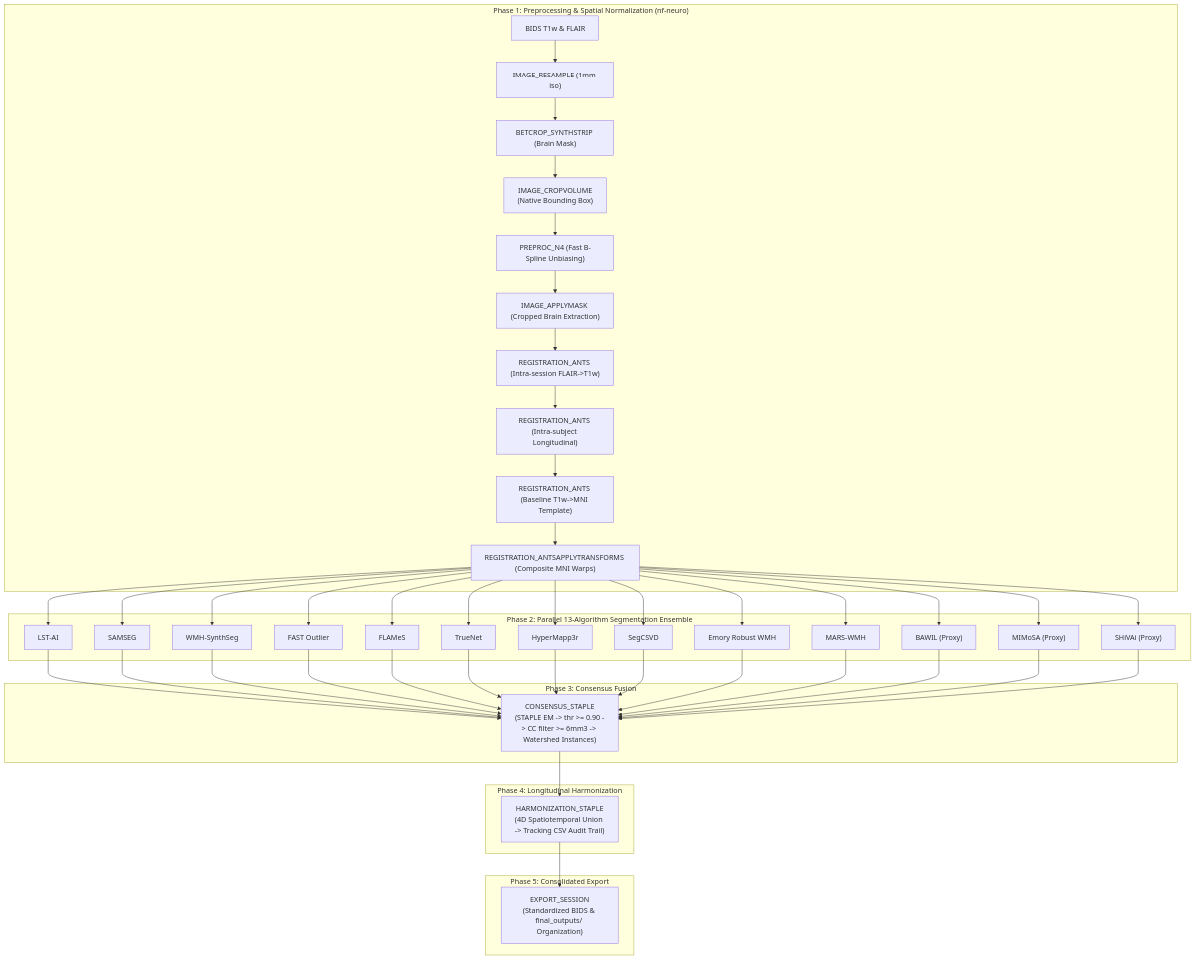
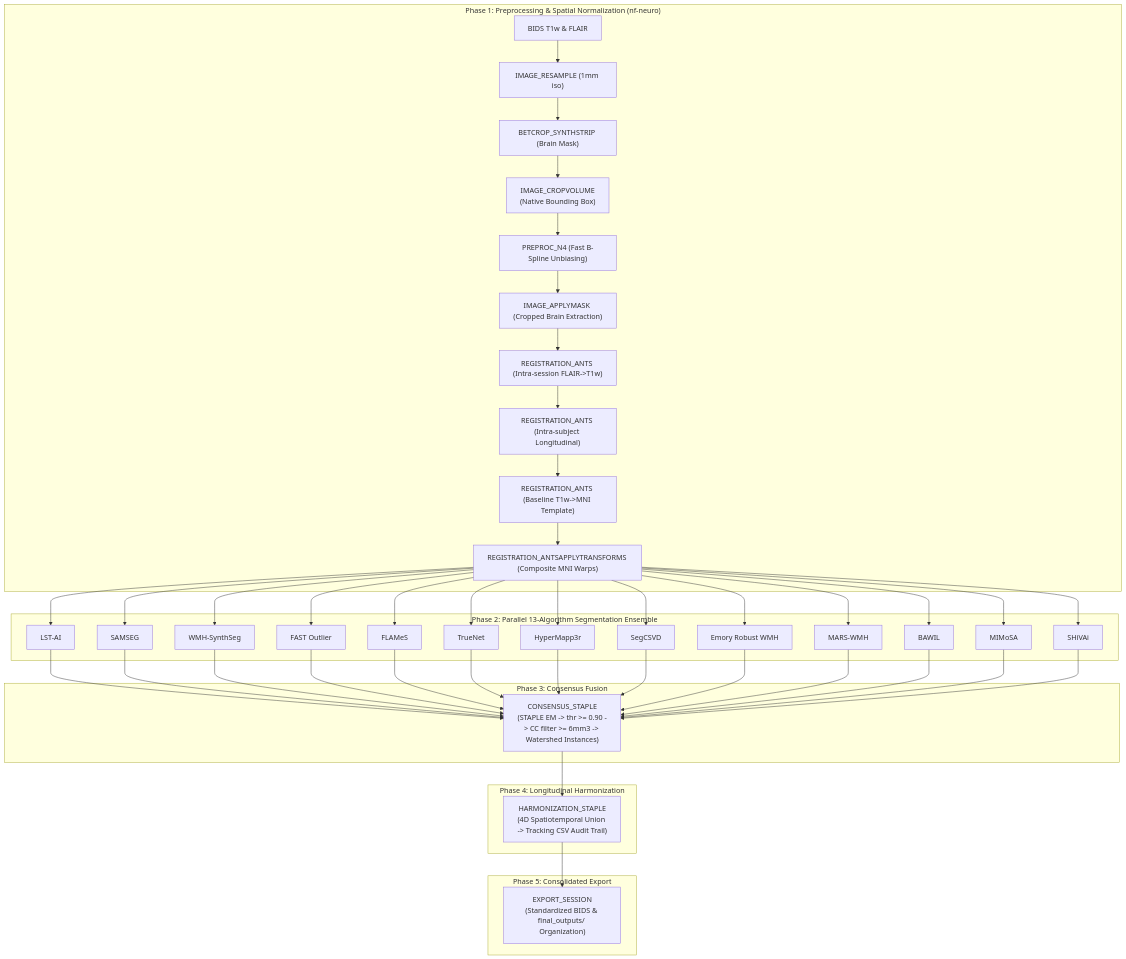
The diagram in README.md (frheault/sf-lesionflow), drawn with Mermaid before and after one commit. The commit also changed other lines of this file and 46 other files, not shown here.

````diff
--- a/README.md
+++ b/README.md
@@ -23,42 +23,42 @@
 ```mermaid
 flowchart TD
     subgraph Phase1["Phase 1: Preprocessing & Spatial Normalization (nf-neuro)"]
         A["BIDS T1w & FLAIR"] --> B["IMAGE_RESAMPLE (1mm iso)"]
         B --> C["BETCROP_SYNTHSTRIP (Brain Mask)"]
         C --> CR["IMAGE_CROPVOLUME<br>(Native Bounding Box)"]
         CR --> D["PREPROC_N4 (Fast B-Spline Unbiasing)"]
         D --> E["IMAGE_APPLYMASK (Cropped Brain Extraction)"]
         E --> F["REGISTRATION_ANTS (Intra-session FLAIR->T1w)"]
         F --> G["REGISTRATION_ANTS (Intra-subject Longitudinal)"]
         G --> H["REGISTRATION_ANTS (Baseline T1w->MNI Template)"]
         H --> I["REGISTRATION_ANTSAPPLYTRANSFORMS (Composite MNI Warps)"]
     end
 
     subgraph Phase2["Phase 2: Parallel 13-Algorithm Segmentation Ensemble"]
         I --> S1["LST-AI"]
         I --> S2["SAMSEG"]
         I --> S3["WMH-SynthSeg"]
         I --> S4["FAST Outlier"]
         I --> S5["FLAMeS"]
         I --> S6["TrueNet"]
         I --> S7["HyperMapp3r"]
         I --> S8["SegCSVD"]
         I --> S9["Emory Robust WMH"]
         I --> S10["MARS-WMH"]
-        I --> S11["BAWIL (Proxy)"]
-        I --> S12["MIMoSA (Proxy)"]
-        I --> S13["SHiVAi (Proxy)"]
+        I --> S11["BAWIL"]
+        I --> S12["MIMoSA"]
+        I --> S13["SHiVAi"]
     end
 
     subgraph Phase3["Phase 3: Consensus Fusion"]
         S1 & S2 & S3 & S4 & S5 & S6 & S7 & S8 & S9 & S10 & S11 & S12 & S13 --> CF["CONSENSUS_STAPLE<br>(STAPLE EM -> thr >= 0.90 -> CC filter >= 6mm3 -> Watershed Instances)"]
     end
 
     subgraph Phase4["Phase 4: Longitudinal Harmonization"]
         CF --> LH["HARMONIZATION_STAPLE<br>(4D Spatiotemporal Union -> Tracking CSV Audit Trail)"]
     end
 
     subgraph Phase5["Phase 5: Consolidated Export"]
         LH --> EXP["EXPORT_SESSION<br>(Standardized BIDS & final_outputs/ Organization)"]
     end
 ```
````
